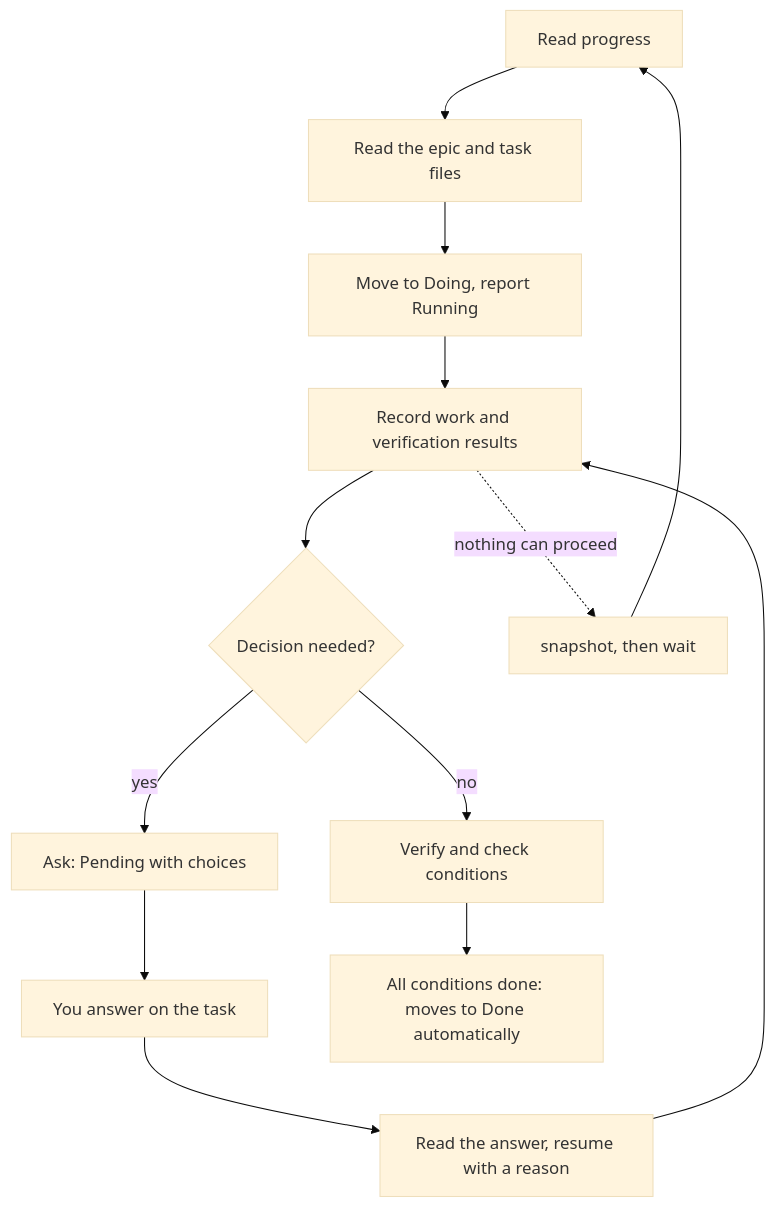
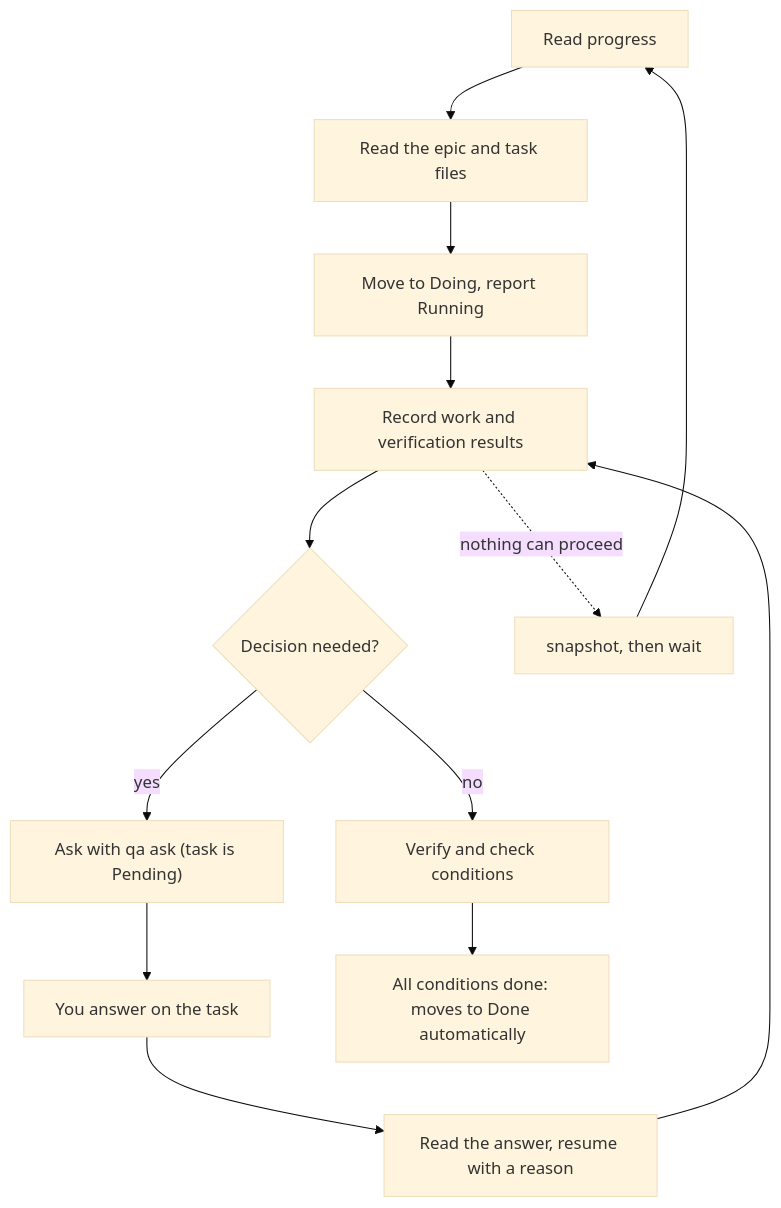
The diagram in docs/guide/automation/agents.md (FooQoo/agent-board), drawn with Mermaid (base theme) before and after one commit. The commit also changed other lines of this file and 47 other files, not shown here.

````diff
--- a/docs/guide/automation/agents.md
+++ b/docs/guide/automation/agents.md
@@ -105,15 +105,15 @@
 ```mermaid
 flowchart TD
     P["Read progress"] --> R["Read the epic and task files"]
     R --> D["Move to Doing, report Running"]
     D --> L["Record work and verification results"]
     L --> Q{"Decision needed?"}
-    Q -- yes --> PE["Ask: Pending with choices"]
+    Q -- yes --> PE["Ask with qa ask (task is Pending)"]
     PE --> A["You answer on the task"]
     A --> RE["Read the answer, resume with a reason"]
     RE --> L
     Q -- no --> V["Verify and check conditions"]
     V --> DN["All conditions done: moves to Done automatically"]
     L -. nothing can proceed .-> W["snapshot, then wait"]
     W --> P
 ```
````
